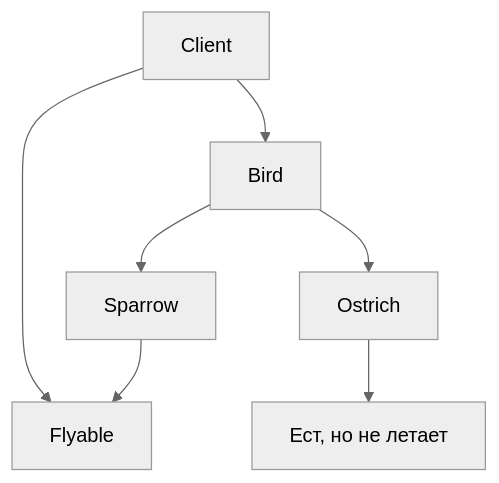
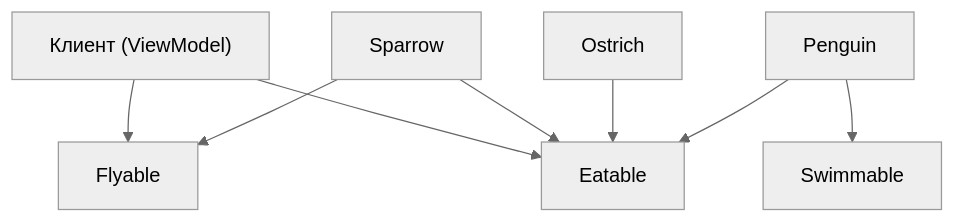
Before and after one commit to NuttyCheese/Obsidian: the diagram in Swift/Теория/Patterns/SOLID/Liskov Substitution Principle.md, drawn with Mermaid (neutral theme). The commit also changed other lines of this file and 4 other files, not shown here.

````diff
--- a/Swift/Теория/Patterns/SOLID/Liskov Substitution Principle.md
+++ b/Swift/Теория/Patterns/SOLID/Liskov Substitution Principle.md
@@ -95,11 +162,10 @@
 ```mermaid
 flowchart TD
-    Bird[Bird] --> Sparrow[Sparrow]
-    Bird --> Ostrich[Ostrich]
-
-    Sparrow --> Flyable[Flyable]
-    Ostrich --> EatOnly[Ест, но не летает]
-
-    Client --> Bird
-    Client --> Flyable
+    Client["Клиент (ViewModel)"] --> Flyable["Flyable"]
+    Client --> Eatable["Eatable"]
+    Sparrow["Sparrow"] --> Flyable
+    Sparrow --> Eatable
+    Ostrich["Ostrich"] --> Eatable
+    Penguin["Penguin"] --> Eatable
+    Penguin --> Swimmable["Swimmable"]
 ```
````
